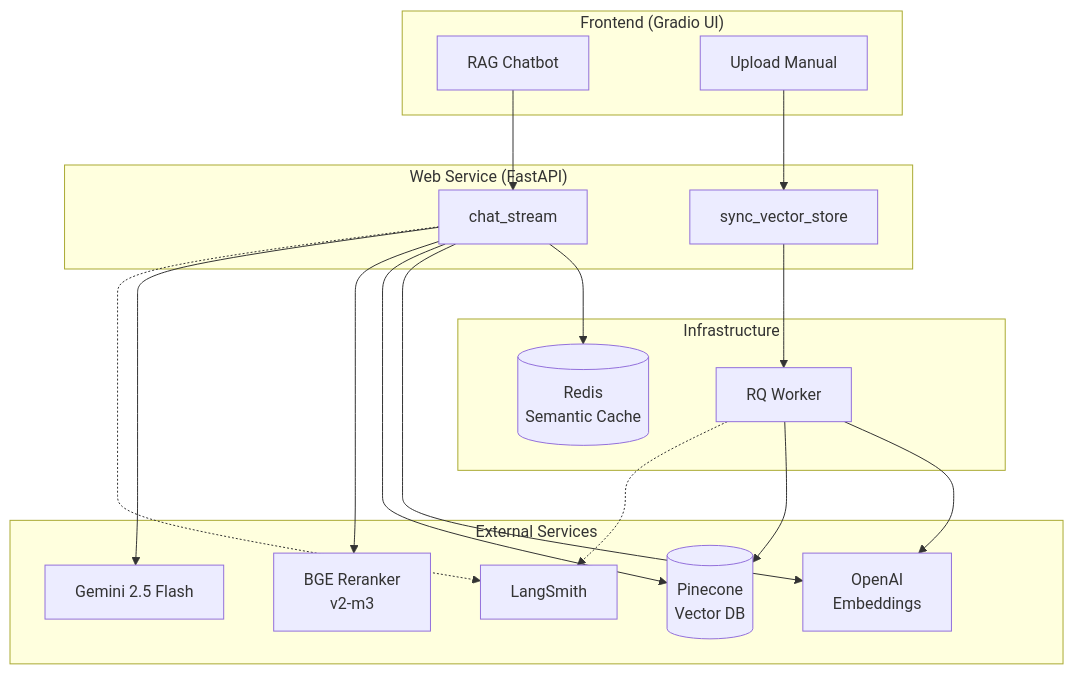
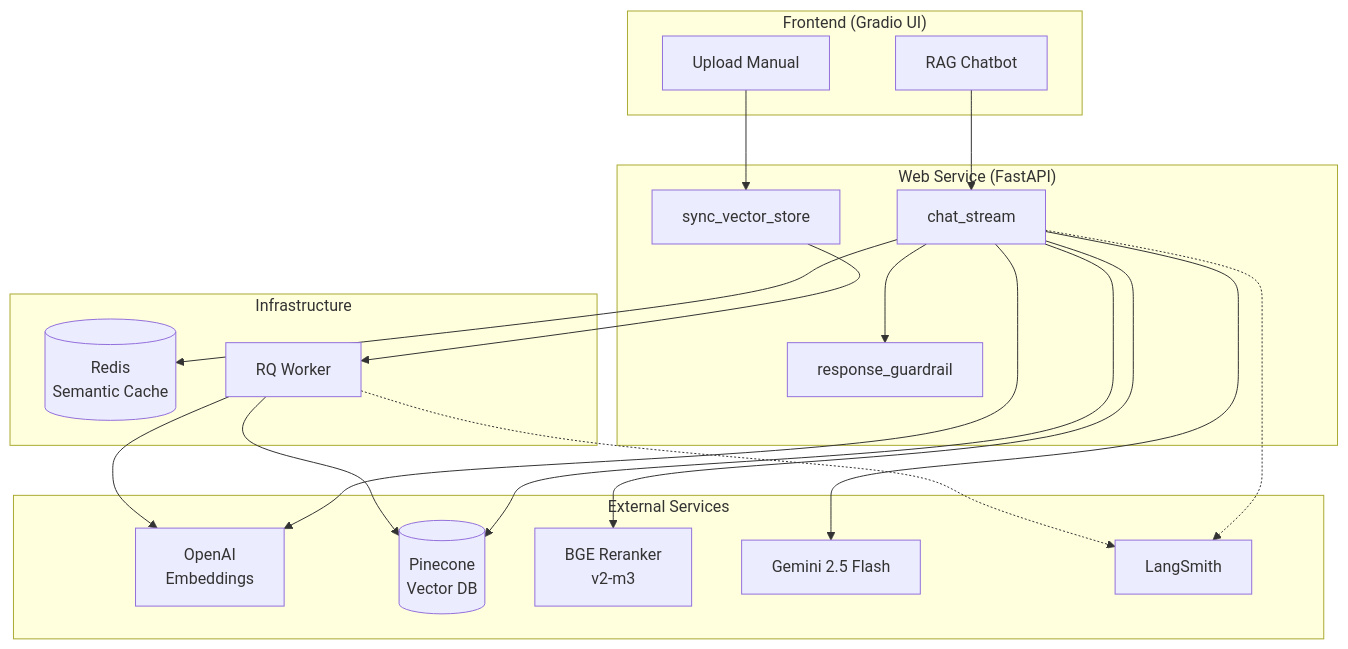
The first of 4 diagrams in architecture.md (albertkingdom/rag-chatbot-demo), drawn with Mermaid before and after one commit. The commit also changed other lines of this file and 1 other file, not shown here.

Commit message:
docs: update architecture diagram and add intent classification doc

````diff
--- a/architecture.md
+++ b/architecture.md
@@ -5,40 +5,42 @@
 ```mermaid
 flowchart TB
     subgraph UI["Frontend (Gradio UI)"]
         Chatbot[RAG Chatbot]
         Upload[Upload Manual]
     end
 
     subgraph Web["Web Service (FastAPI)"]
         ChatStream[chat_stream]
         SyncJob[sync_vector_store]
+        Guardrail[response_guardrail]
     end
 
     subgraph Infra["Infrastructure"]
         Redis[(Redis<br/>Semantic Cache)]
         Worker[RQ Worker]
     end
 
     subgraph External["External Services"]
         OpenAI[OpenAI<br/>Embeddings]
         Pinecone[(Pinecone<br/>Vector DB)]
         HuggingFace[BGE Reranker<br/>v2-m3]
         Gemini[Gemini 2.5 Flash]
         LangSmith[LangSmith]
     end
 
     Chatbot --> ChatStream
     Upload --> SyncJob
 
     ChatStream --> Redis
     ChatStream --> OpenAI
     ChatStream --> Pinecone
     ChatStream --> HuggingFace
     ChatStream --> Gemini
+    ChatStream --> Guardrail
     ChatStream -.-> LangSmith
 
     SyncJob --> Worker
     Worker --> OpenAI
     Worker --> Pinecone
     Worker -.-> LangSmith
 ```
````
